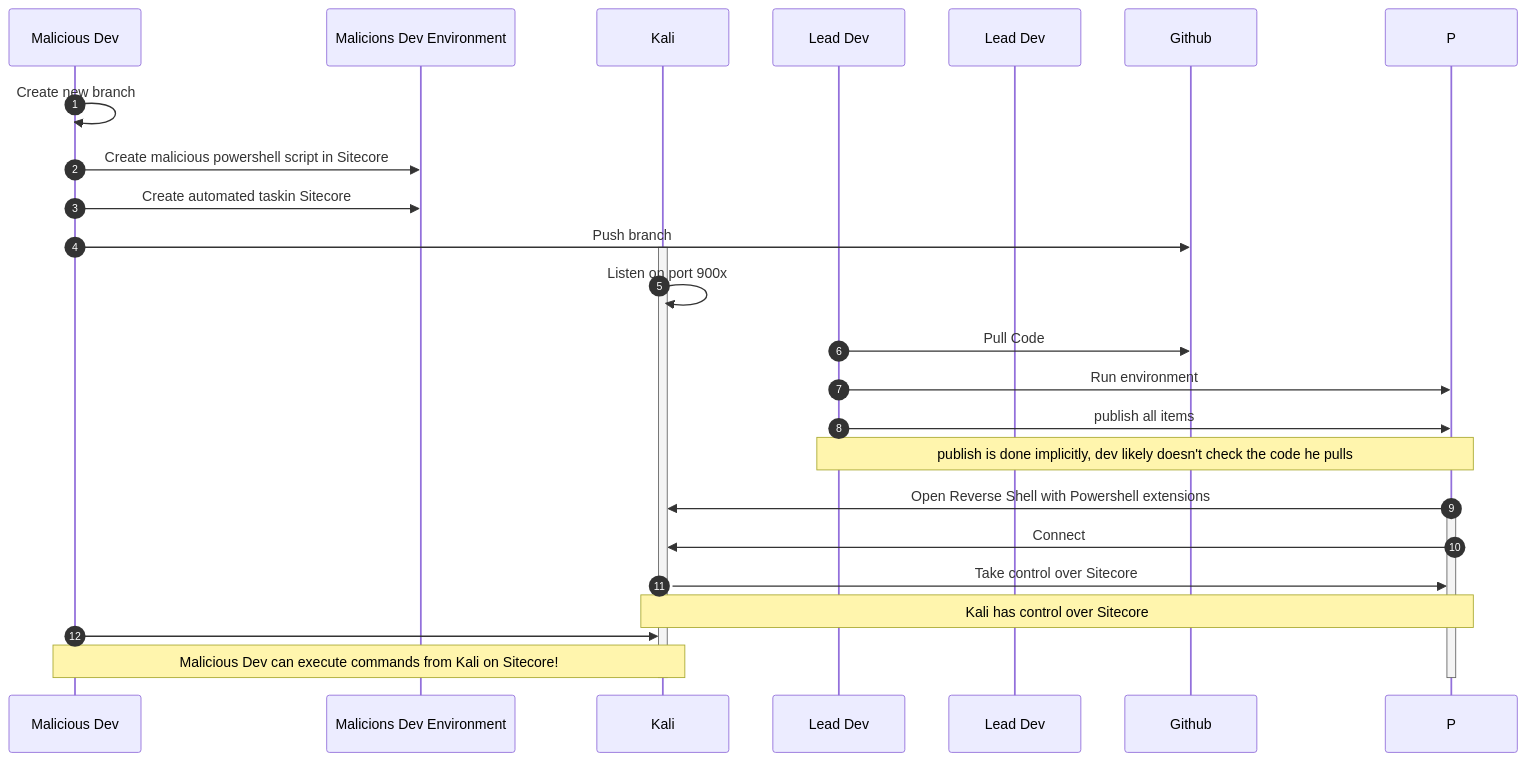
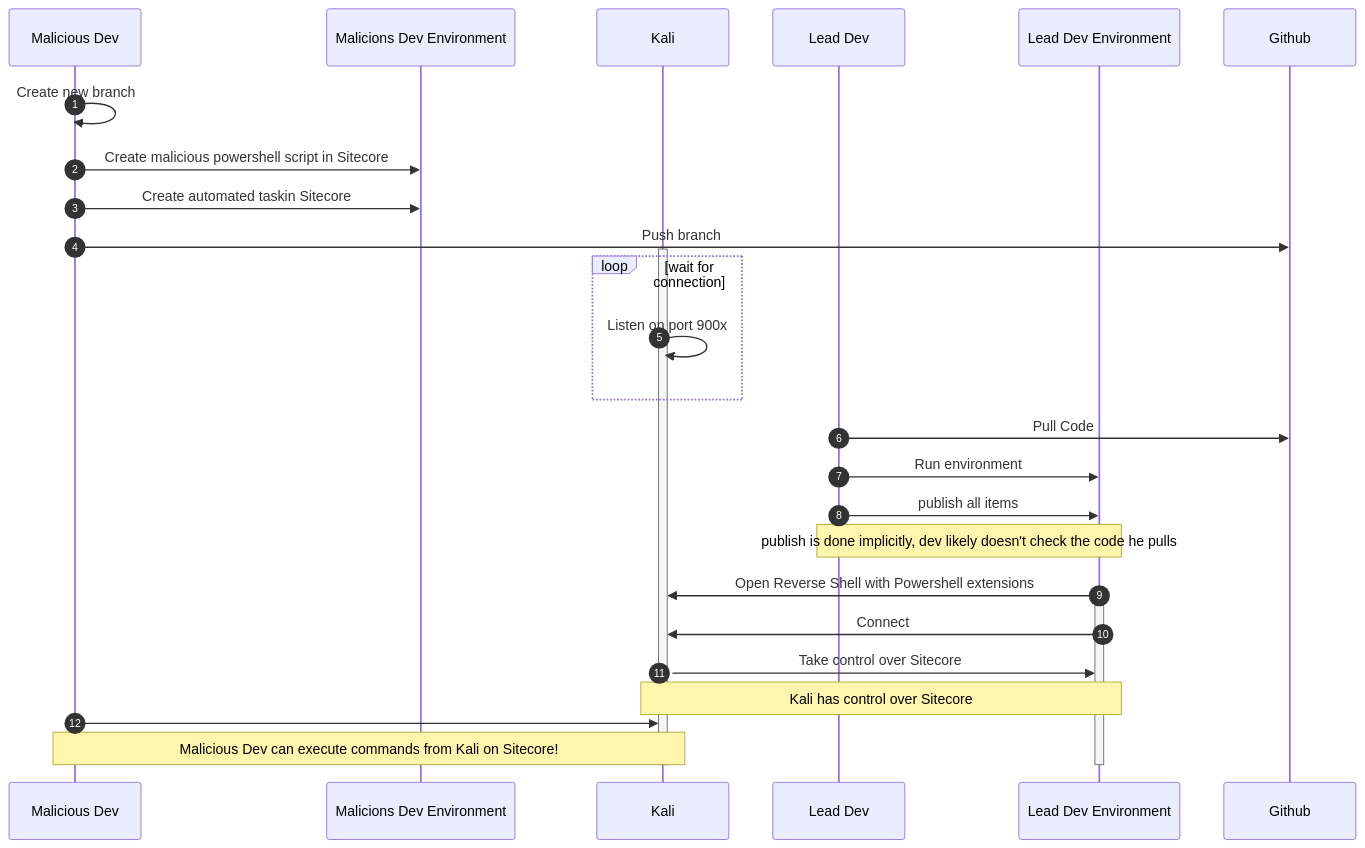
Before and after one commit to BasLijten/sugnl-hacking-sitecore: the diagram in flowdiagram-3.md, drawn with Mermaid. The commit also changed other lines of this file and 4 other files, not shown here.

````diff
--- a/flowdiagram-3.md
+++ b/flowdiagram-3.md
@@ -3,31 +5,33 @@
 ```mermaid
 sequenceDiagram
     participant MD as Malicious Dev    
     participant MDE as Malicions Dev Environment
     participant K as Kali      
-    participant LD as Lead Dev
-    participant LDE as Lead Dev
-    participant G as Github            
+    participant LD as Lead Dev    
+    participant P as Lead Dev Environment
+    participant G as Github                
     autonumber
     
     MD ->> MD: Create new branch
     MD ->> MDE: Create malicious powershell script in Sitecore
     MD ->> MDE: Create automated taskin Sitecore
     MD ->> G: Push branch    
     
     activate K    
-        K ->> K: Listen on port 900x  
+        loop wait for connection
+            K ->> K: Listen on port 900x  
+        end
         LD ->> G: Pull Code
         LD ->> P: Run environment
         LD ->> P: publish all items
         note over LD, P: publish is done implicitly, dev likely doesn't check the code he pulls                          
         P ->> K: Open Reverse Shell with Powershell extensions
         activate P
             P ->> K: Connect
             K ->> P: Take control over Sitecore
             note over K, P: Kali has control over Sitecore
             MD ->> K: 
             note over MD, K: Malicious Dev can execute commands from Kali on Sitecore!
         deactivate P
     deactivate K
 ```
````
